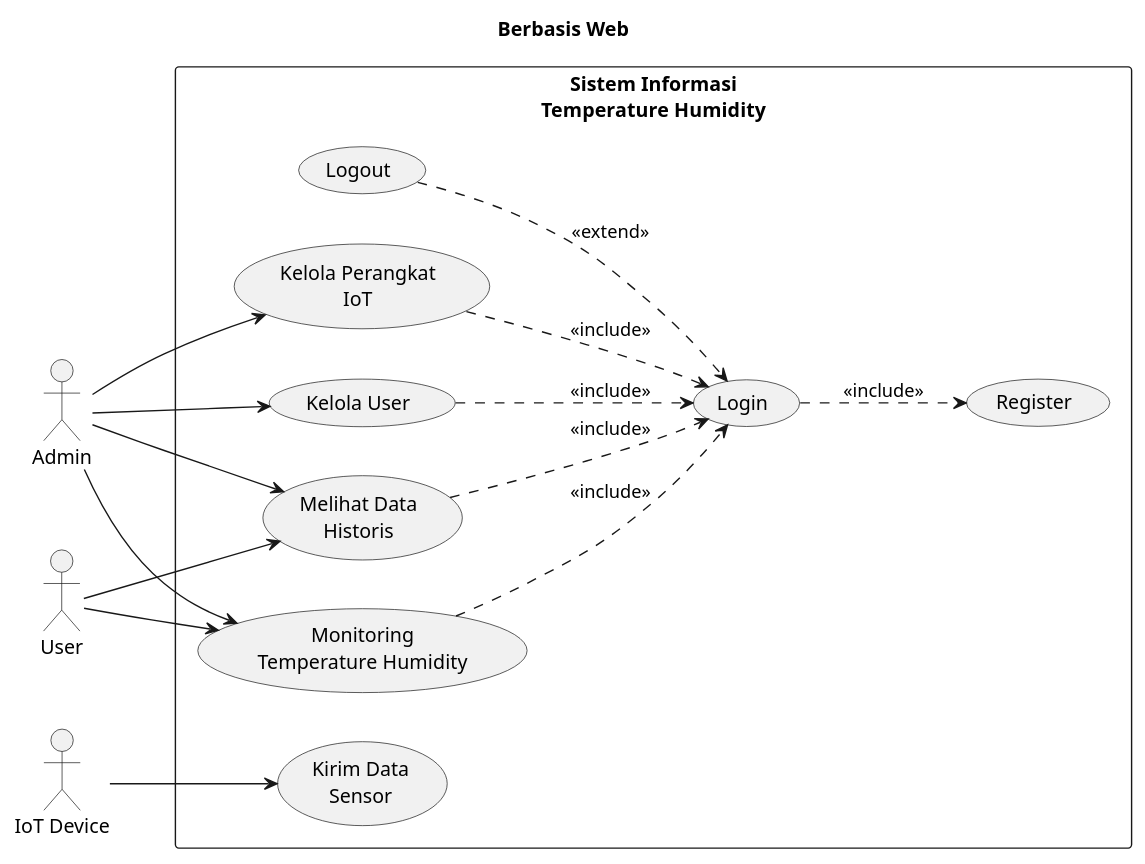
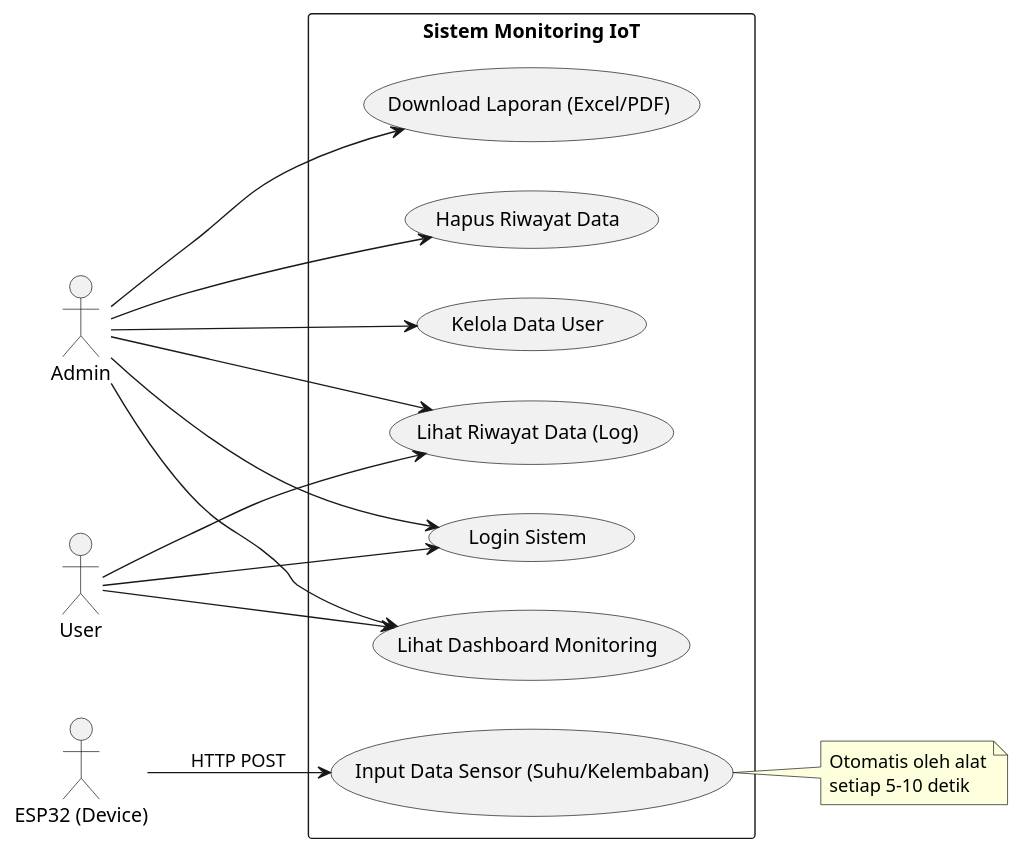
One commit to A-PPAW-TI503P-2025/PROJECT_KELOMPOK3_TEMPERATURE-HUMIDITY changed the diagram in UseCase.md. Above: the diagram before and after it, drawn with PlantUML.

Commit message:
Revisi Use Case

```diff
--- a/UseCase.md
+++ b/UseCase.md
@@ -1,45 +1,33 @@
 @startuml
-title Use Case Diagram
-title Sistem Informasi Temperature dan Humidity
-title Berbasis Web
+left to right direction
+actor "Admin" as admin
+actor "User" as user
+actor "ESP32 (Device)" as device
 
-left to right direction
-skinparam packageStyle rectangle
-
-actor Admin
-actor User
-actor "IoT Device" as IoT
-
-rectangle "Sistem Informasi\nTemperature Humidity" {
-
-  usecase "Login" as UC_Login
-  usecase "Register" as UC_Register
-  usecase "Logout" as UC_Logout
-
-  usecase "Monitoring\nTemperature Humidity" as UC_Monitor
-  usecase "Melihat Data\nHistoris" as UC_History
-  usecase "Kelola Perangkat\nIoT" as UC_IoT
-  usecase "Kelola User" as UC_User
-  usecase "Kirim Data\nSensor" as UC_Send
+rectangle "Sistem Monitoring IoT" {
+  usecase "Login Sistem" as UC1
+  usecase "Input Data Sensor (Suhu/Kelembaban)" as UC2
+  usecase "Lihat Dashboard Monitoring" as UC3
+  usecase "Lihat Riwayat Data (Log)" as UC4
+  usecase "Download Laporan (Excel/PDF)" as UC5
+  usecase "Hapus Riwayat Data" as UC6
+  usecase "Kelola Data User" as UC7
 }
 
-Admin --> UC_Monitor
-Admin --> UC_History
-Admin --> UC_IoT
-Admin --> UC_User
+device --> UC2 : HTTP POST
+user --> UC1
+user --> UC3
+user --> UC4
 
-User --> UC_Monitor
-User --> UC_History
+admin --> UC1
+admin --> UC3
+admin --> UC4
+admin --> UC5
+admin --> UC6
+admin --> UC7
 
-IoT --> UC_Send
-
-' ==== RELASI INCLUDE (WAJIB LOGIN) ====
-UC_Monitor ..> UC_Login : <<include>>
-UC_History ..> UC_Login : <<include>>
-UC_IoT ..> UC_Login : <<include>>
-UC_User ..> UC_Login : <<include>>
-UC_Login ..> UC_Register : <<include>>
-
-UC_Logout ..> UC_Login : <<extend>>
-
+note right of UC2
+  Otomatis oleh alat
+  setiap 5-10 detik
+end note
 @enduml
```
